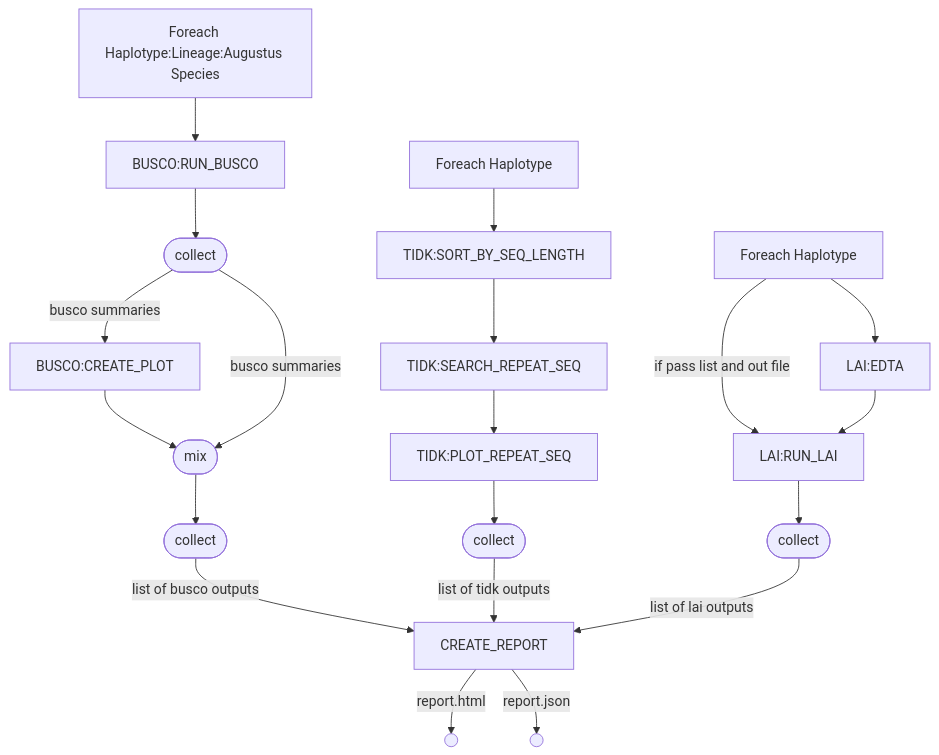
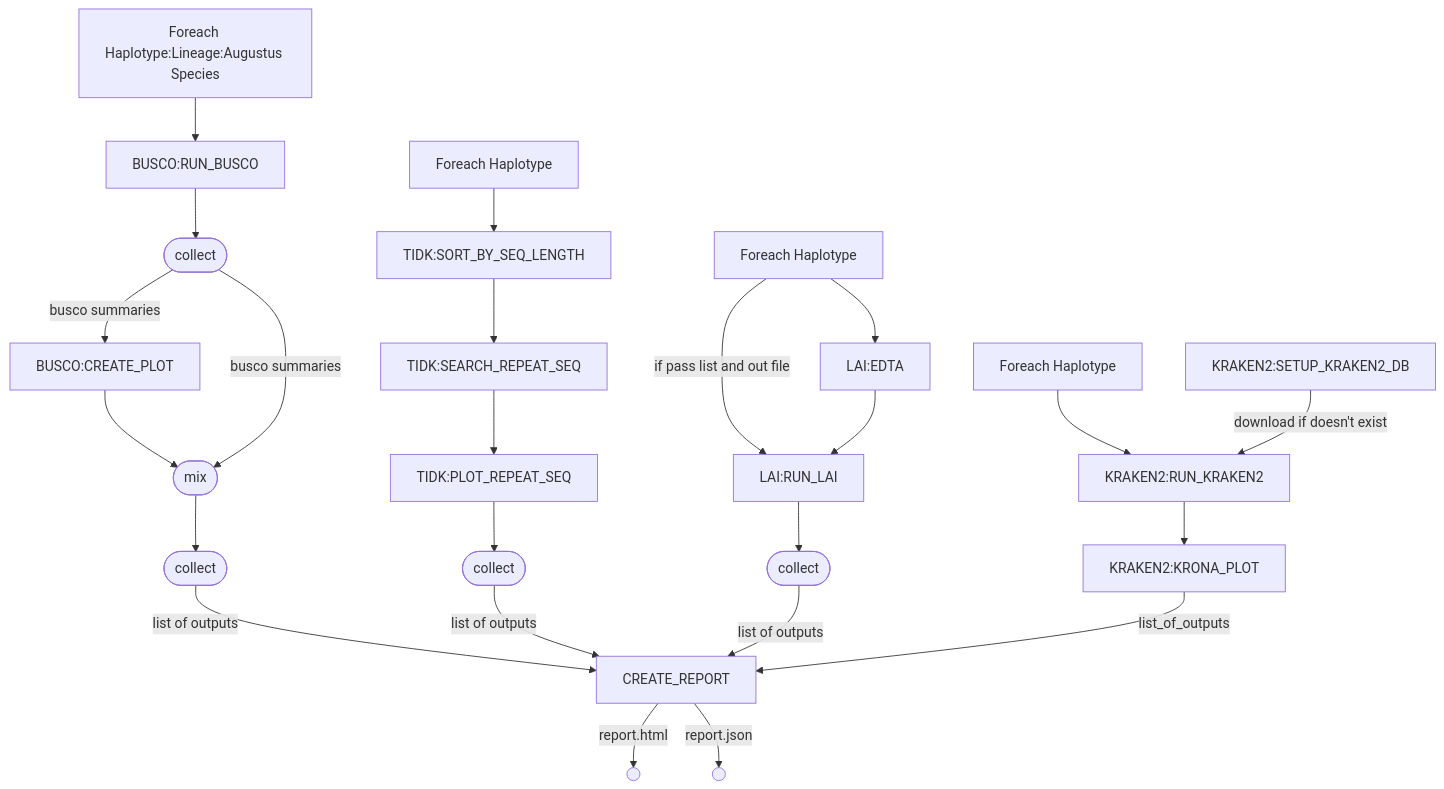
Before and after one commit to Plant-Food-Research-Open/assemblyqc: the diagram in README.md, drawn with Mermaid. The commit also changed other lines of this file and 5 other files, not shown here.

Commit message:
Updated flowchart and added example report with kraken2

````diff
--- a/README.md
+++ b/README.md
@@ -25,40 +25,51 @@
 ```mermaid
 flowchart TD
     p5[Foreach Haplotype:Lineage:Augustus Species]
     p6[BUSCO:RUN_BUSCO]
     p7([collect])
     p8[BUSCO:CREATE_PLOT]
     p9([mix])
     p10([collect])
     p12[Foreach Haplotype]
     p13[TIDK:SORT_BY_SEQ_LENGTH]
     p14[TIDK:SEARCH_REPEAT_SEQ]
     p15[TIDK:PLOT_REPEAT_SEQ]
     p16([collect])
     p24[Foreach Haplotype]
     p26[LAI:EDTA]
     p28[LAI:RUN_LAI]
     p29([collect])
     p30[CREATE_REPORT]
     p31(( ))
     p32(( ))
+    
+    p33[Foreach Haplotype]
+    p34[KRAKEN2:SETUP_KRAKEN2_DB]
+    p35[KRAKEN2:RUN_KRAKEN2]
+    p36[KRAKEN2:KRONA_PLOT]
+    
     p5 --> p6
     p6 --> p7
     p7 -->|busco summaries| p8
     p8 --> p9
     p7 -->|busco summaries| p9
     p9 --> p10
-    p10 -->|list of busco outputs| p30
+    p10 -->|list of outputs| p30
     p12 --> p13
     p13 --> p14
     p14 --> p15
     p15 --> p16
-    p16 -->|list of tidk outputs| p30
+    p16 -->|list of outputs| p30
     p24 --> p26
     p24 -->|if pass list and out file| p28
     p26 --> p28
     p28 --> p29
-    p29 -->|list of lai outputs| p30
+    p29 -->|list of outputs| p30
     p30 -->|report.html| p32
     p30 -->|report.json| p31
+
+    p33 --> p35
+    p34 -->|download if doesn't exist| p35
+    p35 --> p36
+    p36 -->|list_of_outputs| p30
 ```
````
